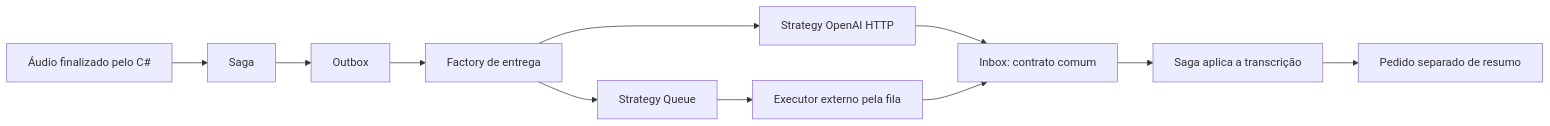
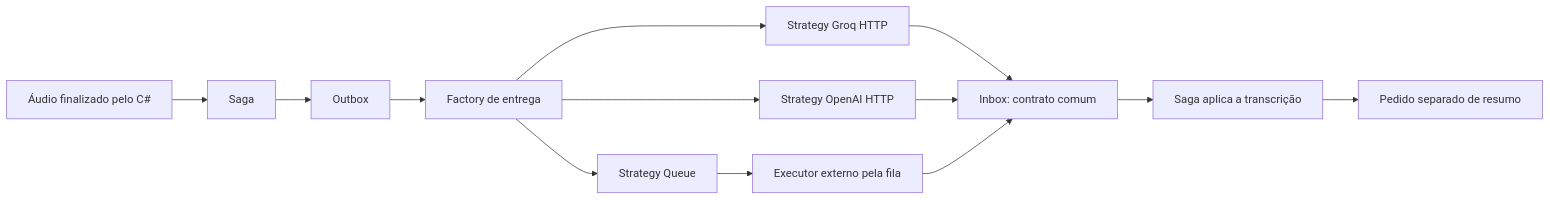
One commit to playsistemasinteligentes/YeshuaCreator changed the diagram in docs/operational/clinica/OPENAI_TRANSCRIPTION.md. Above: the diagram before and after it, drawn with Mermaid. The commit also changed other lines of this file and 12 other files, not shown here.

````diff
--- a/docs/operational/clinica/OPENAI_TRANSCRIPTION.md
+++ b/docs/operational/clinica/OPENAI_TRANSCRIPTION.md
@@ -7,13 +7,15 @@
 ```mermaid
 flowchart LR
     A[Áudio finalizado pelo C#] --> S[Saga]
     S --> O[Outbox]
     O --> F[Factory de entrega]
     F --> H[Strategy OpenAI HTTP]
+    F --> G[Strategy Groq HTTP]
+    G --> I
     F --> Q[Strategy Queue]
     H --> I[Inbox: contrato comum]
     Q --> E[Executor externo pela fila]
     E --> I
     I --> R[Saga aplica a transcrição]
     R --> T[Pedido separado de resumo]
 ```
````
